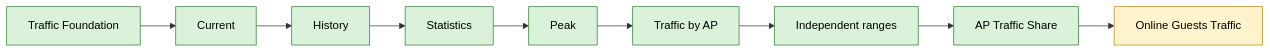
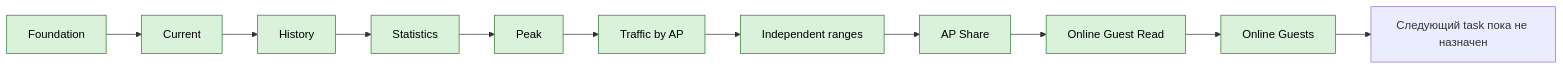
One commit to ZaurNavi/CaptivePortal changed diagram 16 of 18 in README_RU.md. Above: the diagram before and after it, drawn with Mermaid. The commit also changed other lines of this file and 11 other files, not shown here.

````diff
--- a/README_RU.md
+++ b/README_RU.md
@@ -761,6 +775,6 @@
 ```mermaid
 flowchart LR
-    T0[Traffic Foundation]:::done --> T1[Current]:::done --> T2[History]:::done --> T3[Statistics]:::done --> T4[Peak]:::done --> T5[Traffic by AP]:::done --> R[Independent ranges]:::done --> T6[AP Traffic Share]:::done --> T7[Online Guests Traffic]:::next
+    T0[Foundation]:::done --> T1[Current]:::done --> T2[History]:::done --> T3[Statistics]:::done --> T4[Peak]:::done --> T5[Traffic by AP]:::done --> R[Independent ranges]:::done --> T6[AP Share]:::done --> T7R[Online Guest Read]:::done --> T7[Online Guests]:::done
+    T7 --> N[Следующий task пока не назначен]
     classDef done fill:#d9f2d9,stroke:#2e7d32,color:#000;
-    classDef next fill:#fff3cd,stroke:#b8860b,color:#000;
 ```
````
